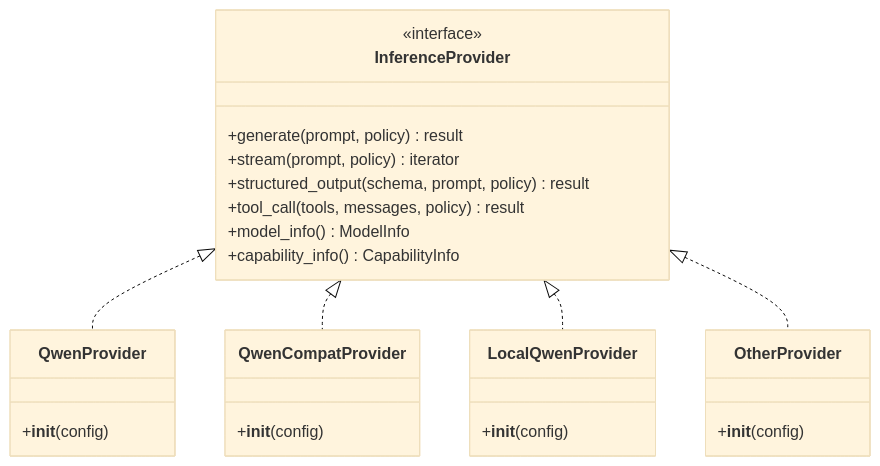
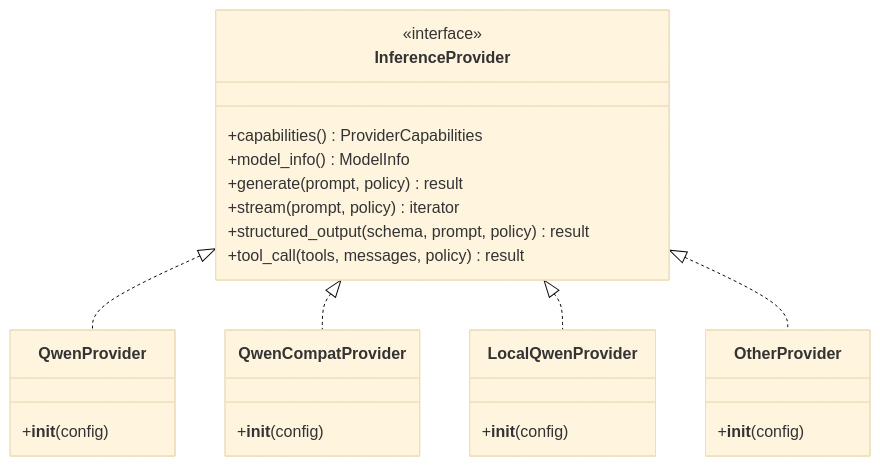
The second of 2 diagrams in docs/architecture/diagrams/inference-abstraction.md (mitem743351/qwen), drawn with Mermaid (base theme) before and after one commit. The commit also changed other lines of this file and 28 other files, not shown here.

````diff
--- a/docs/architecture/diagrams/inference-abstraction.md
+++ b/docs/architecture/diagrams/inference-abstraction.md
@@ -38,28 +40,28 @@
 ```mermaid
 classDiagram
     class InferenceProvider {
         <<interface>>
+        +capabilities() ProviderCapabilities
+        +model_info() ModelInfo
         +generate(prompt, policy) result
         +stream(prompt, policy) iterator
         +structured_output(schema, prompt, policy) result
         +tool_call(tools, messages, policy) result
-        +model_info() ModelInfo
-        +capability_info() CapabilityInfo
     }
     class QwenProvider {
         +__init__(config)
     }
     class QwenCompatProvider {
         +__init__(config)
     }
     class LocalQwenProvider {
         +__init__(config)
     }
     class OtherProvider {
         +__init__(config)
     }
     InferenceProvider <|.. QwenProvider
     InferenceProvider <|.. QwenCompatProvider
     InferenceProvider <|.. LocalQwenProvider
     InferenceProvider <|.. OtherProvider
 ```
````
